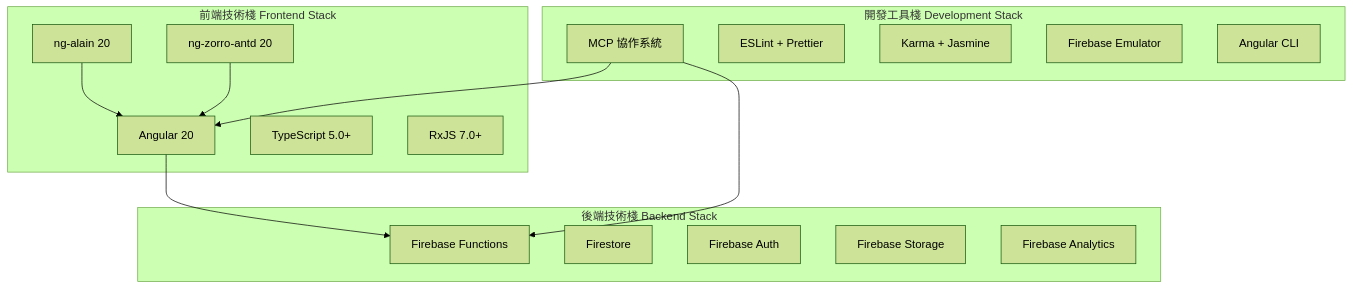
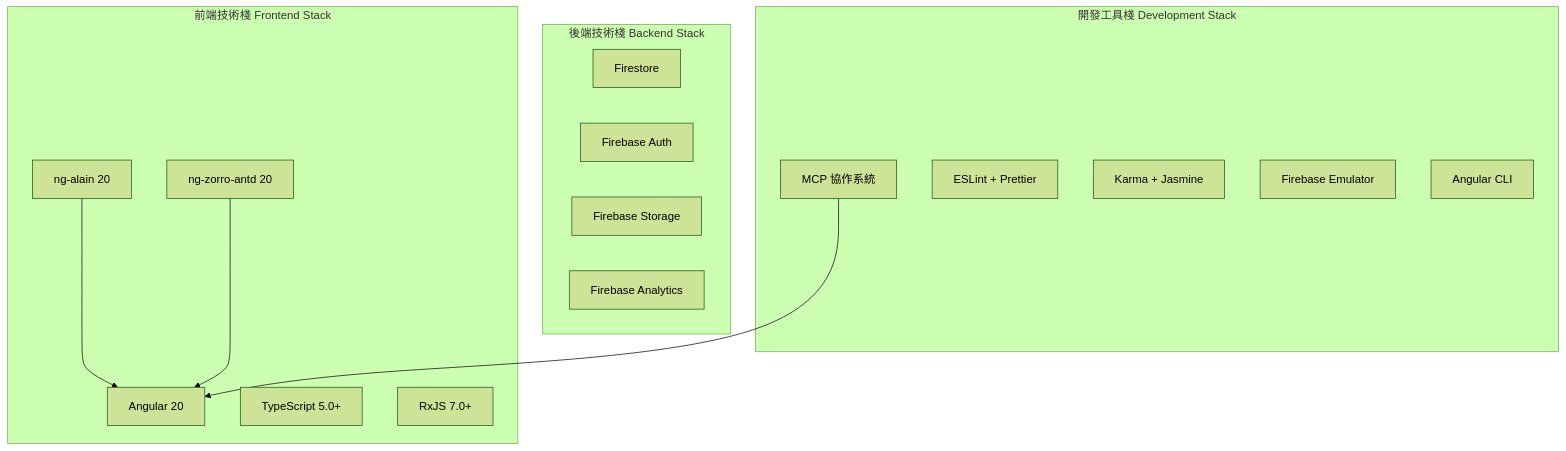
The diagram in .kiro/steering/frameworks.md (ac484/work), drawn with Mermaid (forest theme) before and after one commit. The commit also changed other lines of this file and 8 other files, not shown here.

````diff
--- a/.kiro/steering/frameworks.md
+++ b/.kiro/steering/frameworks.md
@@ -11,32 +11,29 @@
 ```mermaid
 graph TB
     subgraph "前端技術棧 Frontend Stack"
         A1[Angular 20]
         A2[ng-alain 20]
         A3[ng-zorro-antd 20]
         A4[TypeScript 5.0+]
         A5[RxJS 7.0+]
     end
     
     subgraph "後端技術棧 Backend Stack"
-        B1[Firebase Functions]
         B2[Firestore]
         B3[Firebase Auth]
         B4[Firebase Storage]
         B5[Firebase Analytics]
     end
     
     subgraph "開發工具棧 Development Stack"
         C1[MCP 協作系統]
         C2[ESLint + Prettier]
         C3[Karma + Jasmine]
         C4[Firebase Emulator]
         C5[Angular CLI]
     end
     
-    A1 --> B1
     A2 --> A1
     A3 --> A1
     C1 --> A1
-    C1 --> B1
 ```
````
